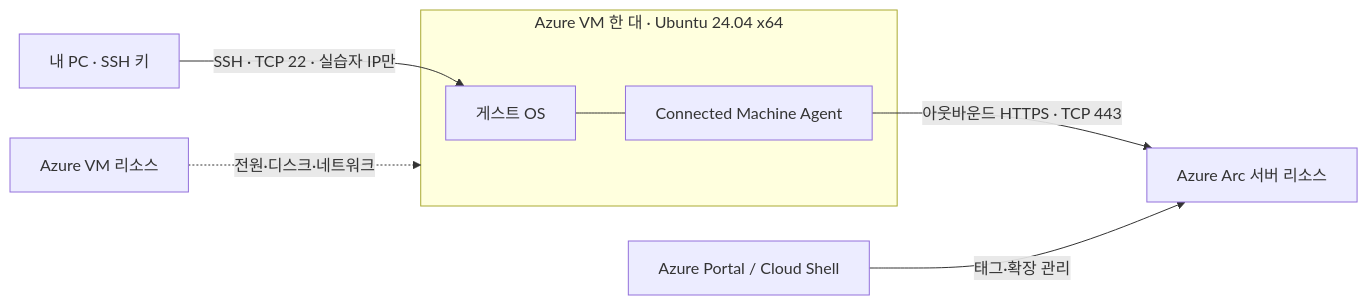
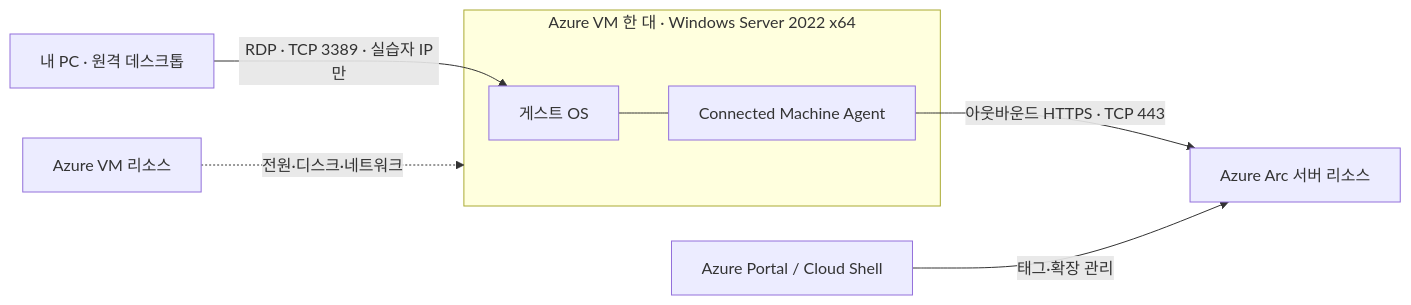
Before and after one commit to freeman9844/arc-test-001: the diagram in README.md, drawn with Mermaid. The commit also changed other lines of this file and 4 other files, not shown here.

First line of the commit message:
docs: switch Azure Arc lab to Windows Server

````diff
--- a/README.md
+++ b/README.md
@@ -69,12 +73,12 @@
 ```mermaid
 flowchart LR
-  PC["내 PC · SSH 키"] -->|"SSH · TCP 22 · 실습자 IP만"| OS
-  subgraph VM["Azure VM 한 대 · Ubuntu 24.04 x64"]
+  PC["내 PC · 원격 데스크톱"] -->|"RDP · TCP 3389 · 실습자 IP만"| OS
+  subgraph VM["Azure VM 한 대 · Windows Server 2022 x64"]
     OS["게스트 OS"]
     AGENT["Connected Machine Agent"]
     OS --- AGENT
   end
   AGENT -->|"아웃바운드 HTTPS · TCP 443"| ARC["Azure Arc 서버 리소스"]
   PORTAL["Azure Portal / Cloud Shell"] -->|"태그·확장 관리"| ARC
   COMPUTE["Azure VM 리소스"] -.->|"전원·디스크·네트워크"| VM
 ```
````
